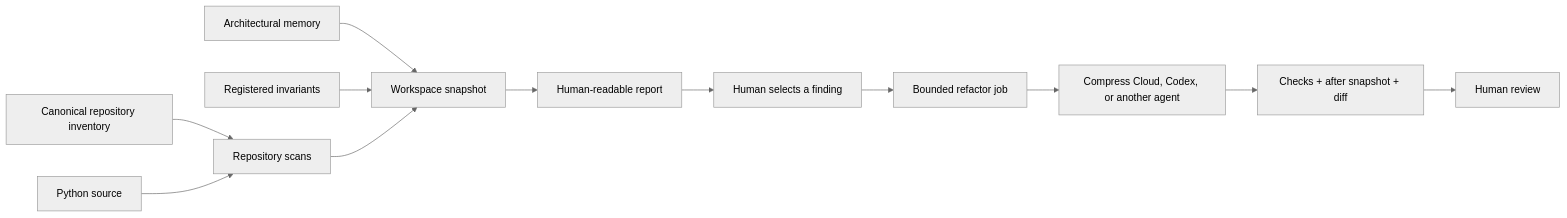
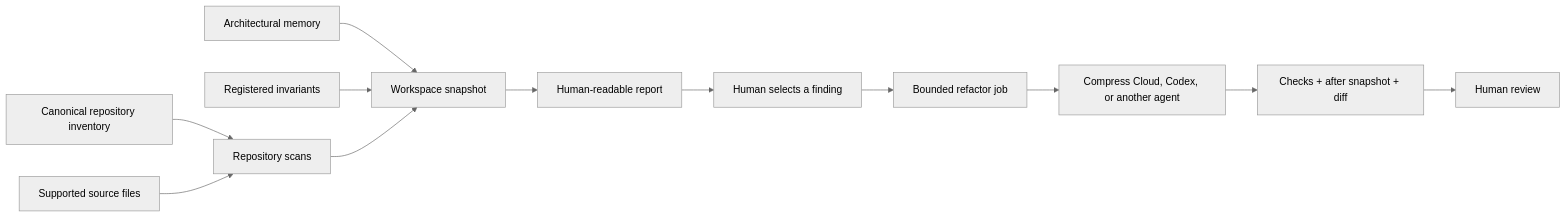
One commit to Unit237/complexity-harness changed the diagram in README.md. Above: the diagram before and after it, drawn with Mermaid (neutral theme). The commit also changed other lines of this file and 6 other files, not shown here.

````diff
--- a/README.md
+++ b/README.md
@@ -38,14 +39,14 @@
 ```mermaid
 flowchart LR
     Inventory["Canonical repository inventory"] --> Scan["Repository scans"]
-    Code["Python source"] --> Scan
+    Code["Supported source files"] --> Scan
     Memory["Architectural memory"] --> Snapshot["Workspace snapshot"]
     Invariants["Registered invariants"] --> Snapshot
     Scan --> Snapshot
     Snapshot --> Report["Human-readable report"]
     Report --> Select["Human selects a finding"]
     Select --> Job["Bounded refactor job"]
     Job --> Agent["Compress Cloud, Codex, or another agent"]
     Agent --> Verify["Checks + after snapshot + diff"]
     Verify --> Review["Human review"]
 ```
````
